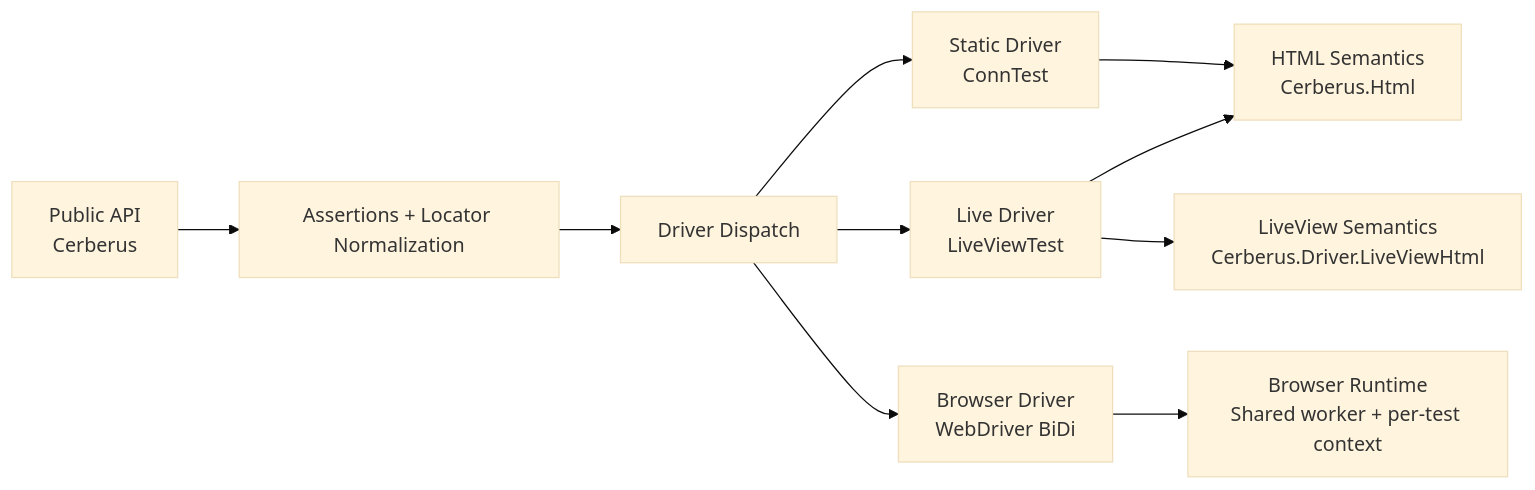
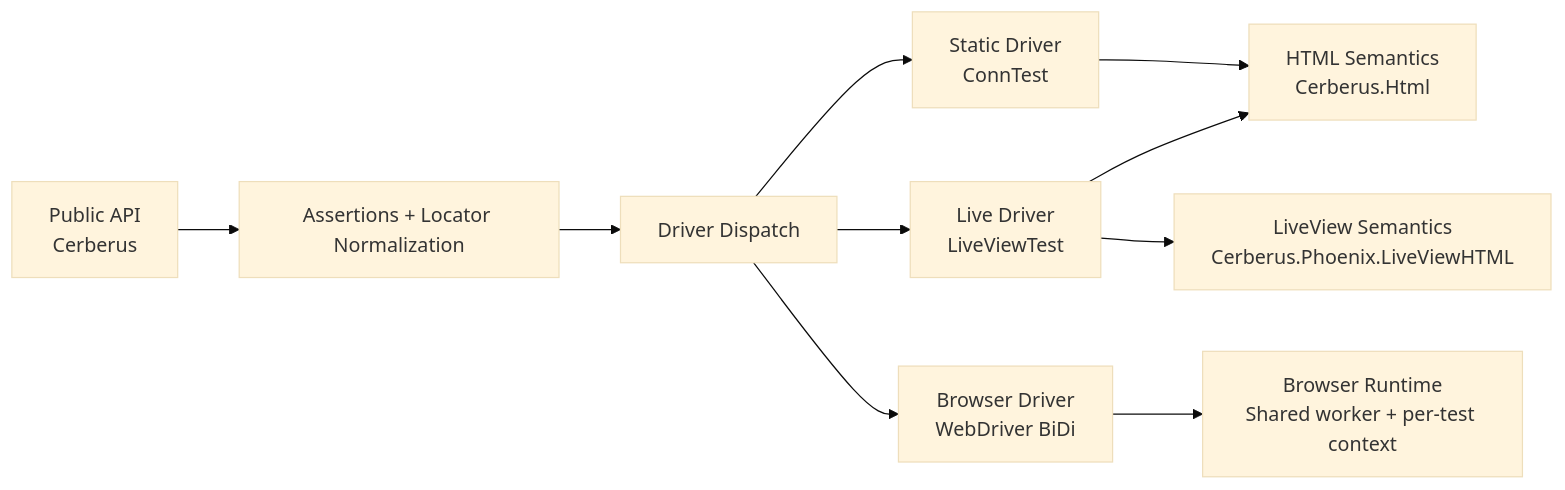
One commit to ftes/cerberus changed the diagram in docs/architecture.md. Above: the diagram before and after it, drawn with Mermaid (base theme). The commit also changed 14 other files, not shown here.

````diff
--- a/docs/architecture.md
+++ b/docs/architecture.md
@@ -8,12 +8,12 @@
 ```mermaid
 flowchart LR
   A[Public API\nCerberus] --> B[Assertions + Locator Normalization]
   B --> C[Driver Dispatch]
   C --> D[Static Driver\nConnTest]
   C --> E[Live Driver\nLiveViewTest]
   C --> F[Browser Driver\nWebDriver BiDi]
   D --> G[HTML Semantics\nCerberus.Html]
   E --> G
-  E --> H[LiveView Semantics\nCerberus.Driver.LiveViewHtml]
+  E --> H[LiveView Semantics\nCerberus.Phoenix.LiveViewHTML]
   F --> I[Browser Runtime\nShared worker + per-test context]
 ```
````
